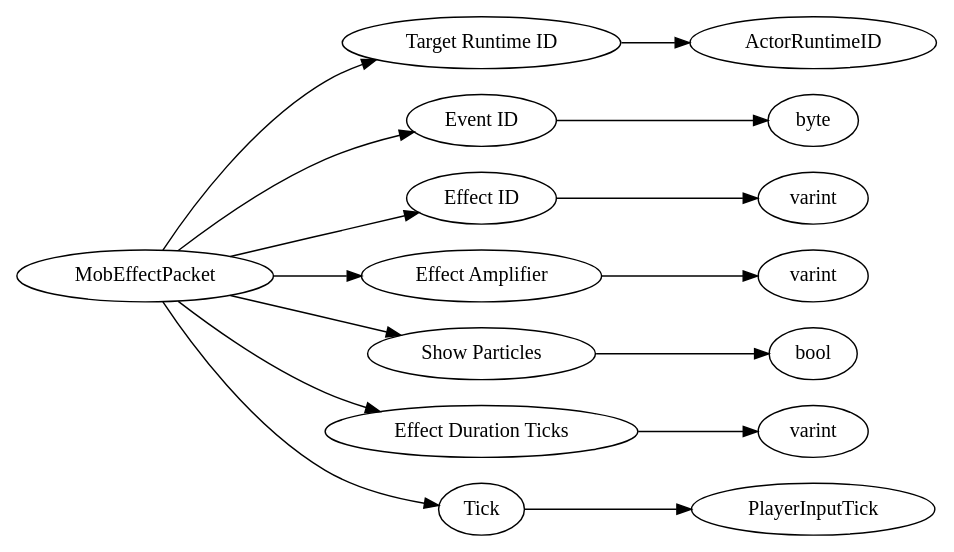
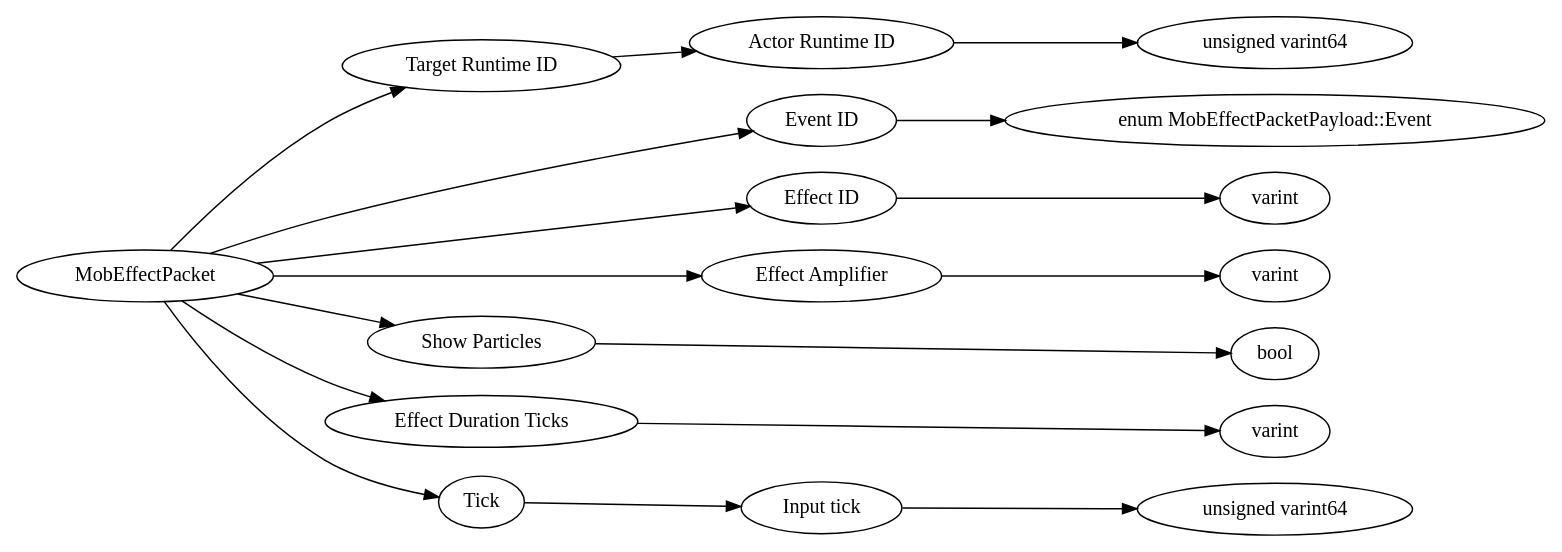
The diagram in dot/MobEffectPacket.dot (Mojang/bedrock-protocol-docs), drawn with Graphviz before and after one commit. The commit also changed 785 other files, not shown here.

```diff
--- a/dot/MobEffectPacket.dot
+++ b/dot/MobEffectPacket.dot
@@ -1,36 +1,48 @@
 digraph "MobEffectPacket" {
 rankdir = LR
 0
 0 -> 1
 1 -> 2
-0 -> 3
-3 -> 4
-0 -> 5
-5 -> 6
-0 -> 7
-7 -> 8
-0 -> 9
-9 -> 10
-0 -> 11
-11 -> 12
-0 -> 13
-13 -> 14
+2 -> 3
+0 -> 4
+4 -> 5
+0 -> 6
+6 -> 7
+0 -> 8
+8 -> 9
+0 -> 10
+10 -> 11
+0 -> 12
+12 -> 13
+0 -> 14
+14 -> 15
+15 -> 16
 
-0 [label="MobEffectPacket",comment="name: \"MobEffectPacket\", typeName: \"\", id: 0, branchId: 28, recurseId: -1, attributes: 0, notes: \"\""];
-1 [label="Target Runtime ID",comment="name: \"Target Runtime ID\", typeName: \"ActorRuntimeID\", id: 1, branchId: 0, recurseId: -1, attributes: 256, notes: \"\""];
-2 [label="ActorRuntimeID",comment="name: \"ActorRuntimeID\", typeName: \"\", id: 2, branchId: 0, recurseId: -1, attributes: 512, notes: \"\""];
-3 [label="Event ID",comment="name: \"Event ID\", typeName: \"\", id: 3, branchId: 0, recurseId: -1, attributes: 0, notes: \"\""];
-4 [label="byte",comment="name: \"byte\", typeName: \"\", id: 4, branchId: 0, recurseId: -1, attributes: 512, notes: \"\""];
-5 [label="Effect ID",comment="name: \"Effect ID\", typeName: \"\", id: 5, branchId: 0, recurseId: -1, attributes: 0, notes: \"\""];
-6 [label="varint",comment="name: \"varint\", typeName: \"\", id: 6, branchId: 0, recurseId: -1, attributes: 512, notes: \"\""];
-7 [label="Effect Amplifier",comment="name: \"Effect Amplifier\", typeName: \"\", id: 7, branchId: 0, recurseId: -1, attributes: 0, notes: \"\""];
-8 [label="varint",comment="name: \"varint\", typeName: \"\", id: 8, branchId: 0, recurseId: -1, attributes: 512, notes: \"\""];
-9 [label="Show Particles",comment="name: \"Show Particles\", typeName: \"\", id: 9, branchId: 0, recurseId: -1, attributes: 0, notes: \"\""];
-10 [label="bool",comment="name: \"bool\", typeName: \"\", id: 10, branchId: 0, recurseId: -1, attributes: 512, notes: \"\""];
-11 [label="Effect Duration Ticks",comment="name: \"Effect Duration Ticks\", typeName: \"\", id: 11, branchId: 0, recurseId: -1, attributes: 0, notes: \"\""];
-12 [label="varint",comment="name: \"varint\", typeName: \"\", id: 12, branchId: 0, recurseId: -1, attributes: 512, notes: \"\""];
-13 [label="Tick",comment="name: \"Tick\", typeName: \"PlayerInputTick\", id: 13, branchId: 0, recurseId: -1, attributes: 256, notes: \"If this packet is referring to the player or a client predicted vehicle they are in control of, this should be the most recently processed PlayerInputTick from their PlayerAuthInputPacket. Otherwise zero.\""];
-14 [label="PlayerInputTick",comment="name: \"PlayerInputTick\", typeName: \"\", id: 14, branchId: 0, recurseId: -1, attributes: 512, notes: \"\""];
-{ rank = max;2;4;6;8;10;12;14}
+0 [label="MobEffectPacket",comment="name: \"MobEffectPacket\", typeName: \"\", id: 0, branchId: 0, recurseId: -1, attributes: 0, notes: \"Mob Effect\""];
+1 [label="Target Runtime ID",comment="name: \"Target Runtime ID\", typeName: \"\", id: 1, branchId: 0, recurseId: -1, attributes: 0, notes: \"\""];
+2 [label="Actor Runtime ID",comment="name: \"Actor Runtime ID\", typeName: \"\", id: 2, branchId: 0, recurseId: -1, attributes: 0, notes: \"\""];
+3 [label="unsigned varint64",comment="name: \"unsigned varint64\", typeName: \"\", id: 3, branchId: 0, recurseId: -1, attributes: 512, notes: \"\""];
+4 [label="Event ID",comment="name: \"Event ID\", typeName: \"\", id: 4, branchId: 0, recurseId: -1, attributes: 0, notes: \"\""];
+5 [label="enum MobEffectPacketPayload::Event",comment="name: \"enum MobEffectPacketPayload::Event\", typeName: \"\", id: 5, branchId: 0, recurseId: -1, attributes: 512, notes: \"\""];
+6 [label="Effect ID",comment="name: \"Effect ID\", typeName: \"\", id: 6, branchId: 0, recurseId: -1, attributes: 0, notes: \"\""];
+7 [label="varint",comment="name: \"varint\", typeName: \"\", id: 7, branchId: 0, recurseId: -1, attributes: 512, notes: \"\""];
+8 [label="Effect Amplifier",comment="name: \"Effect Amplifier\", typeName: \"\", id: 8, branchId: 0, recurseId: -1, attributes: 0, notes: \"\""];
+9 [label="varint",comment="name: \"varint\", typeName: \"\", id: 9, branchId: 0, recurseId: -1, attributes: 512, notes: \"\""];
+10 [label="Show Particles",comment="name: \"Show Particles\", typeName: \"\", id: 10, branchId: 0, recurseId: -1, attributes: 0, notes: \"\""];
+11 [label="bool",comment="name: \"bool\", typeName: \"\", id: 11, branchId: 0, recurseId: -1, attributes: 512, notes: \"\""];
+12 [label="Effect Duration Ticks",comment="name: \"Effect Duration Ticks\", typeName: \"\", id: 12, branchId: 0, recurseId: -1, attributes: 0, notes: \"\""];
+13 [label="varint",comment="name: \"varint\", typeName: \"\", id: 13, branchId: 0, recurseId: -1, attributes: 512, notes: \"\""];
+14 [label="Tick",comment="name: \"Tick\", typeName: \"\", id: 14, branchId: 0, recurseId: -1, attributes: 0, notes: \"If this packet is referring to the player or a client predicted vehicle they are in control of, this should be the most recently processed PlayerInputTick from their PlayerAuthInputPacket. Otherwise zero.\""];
+15 [label="Input tick",comment="name: \"Input tick\", typeName: \"\", id: 15, branchId: 0, recurseId: -1, attributes: 0, notes: \"In server authoritative movement mode the client supplies this in PlayerAuthInputPacket.
+For any client-bound packets containing a tick, the server should supply the tick value corresponding to the most recently processed PlayerAuthInputPacket.
+This allows the client to adjust any client predictions made while the packet was in flight.
+If the packet is being sent to the client but not relating to data of the player or a client-predicted vehicle, it can be zero.
+It is also acceptable to specify zero for players, although this may lead to minor visual flickers and less smooth application of CorrectPlayerMovePredictionPacket.\""];
+16 [label="unsigned varint64",comment="name: \"unsigned varint64\", typeName: \"\", id: 16, branchId: 0, recurseId: -1, attributes: 512, notes: \"In server authoritative movement mode the client supplies this in PlayerAuthInputPacket.
+For any client-bound packets containing a tick, the server should supply the tick value corresponding to the most recently processed PlayerAuthInputPacket.
+This allows the client to adjust any client predictions made while the packet was in flight.
+If the packet is being sent to the client but not relating to data of the player or a client-predicted vehicle, it can be zero.
+It is also acceptable to specify zero for players, although this may lead to minor visual flickers and less smooth application of CorrectPlayerMovePredictionPacket.\""];
+{ rank = max;3;5;7;9;11;13;16}
 
 }
```
